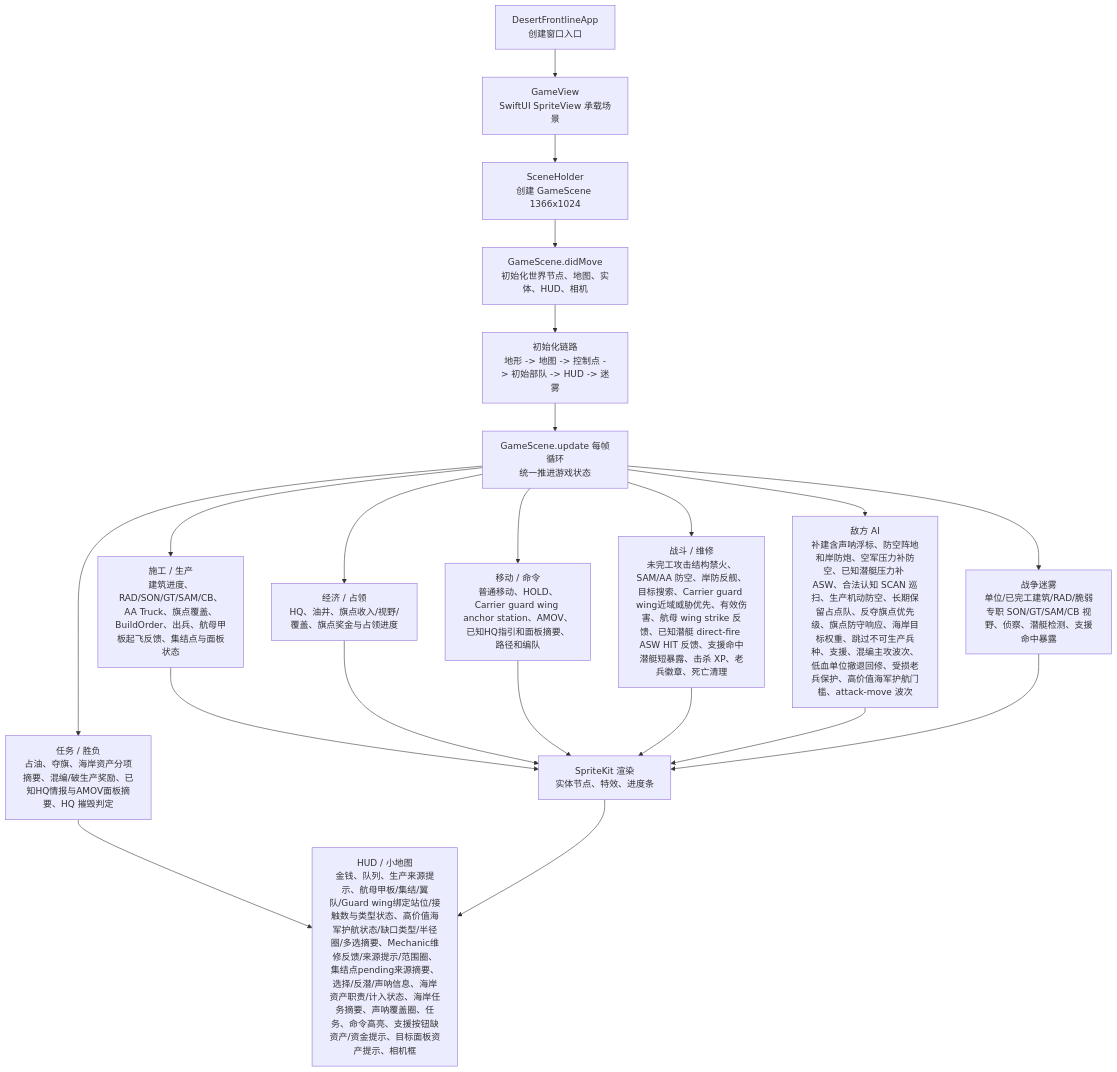
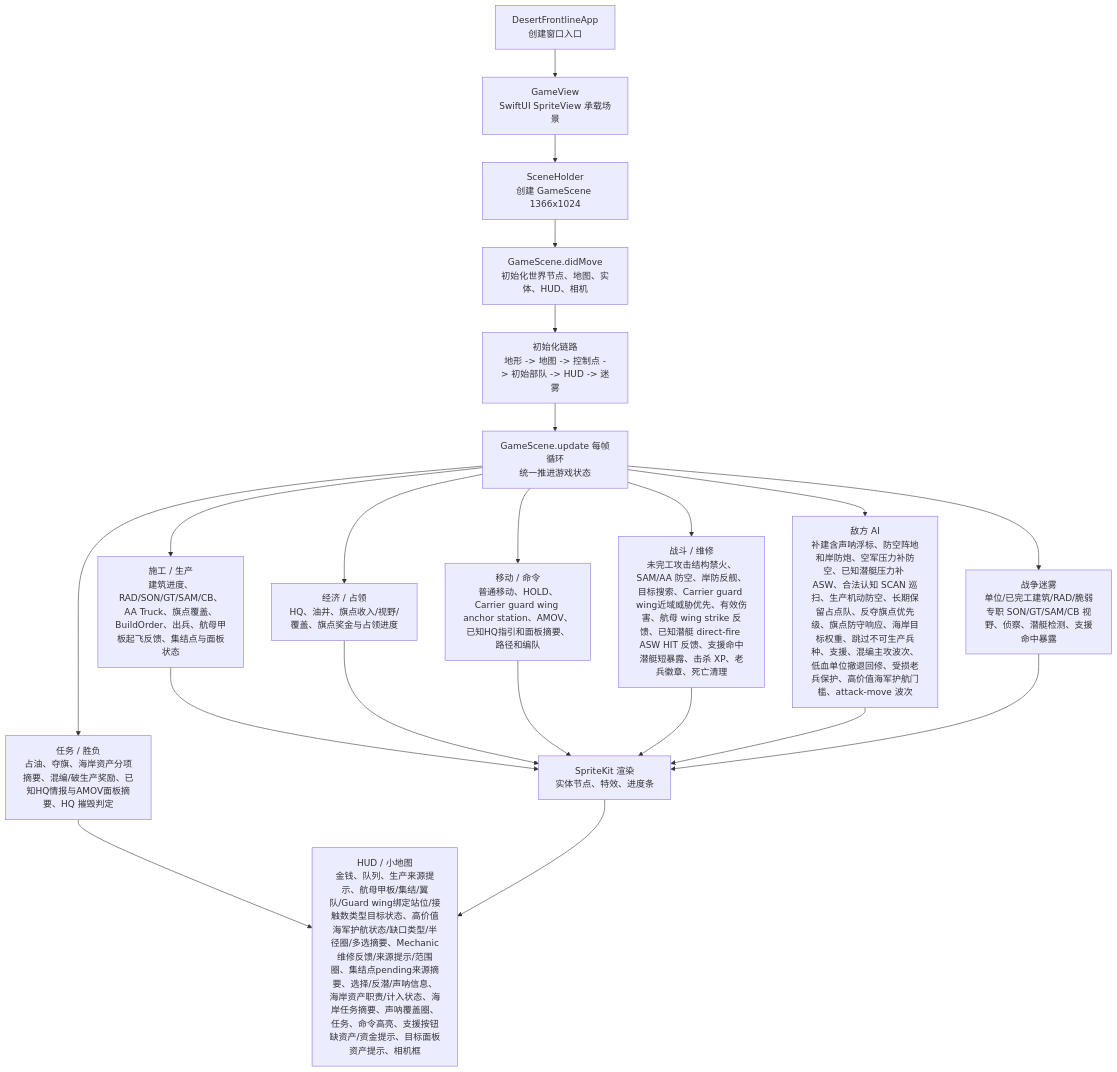
One commit to Altman-sam114/1145 changed the first of 3 diagrams in md/flow/flowchart.md. Above: the diagram before and after it, drawn with Mermaid. The commit also changed 4 other files, not shown here.

````diff
--- a/md/flow/flowchart.md
+++ b/md/flow/flowchart.md
@@ -9,23 +9,23 @@
 ```mermaid
 flowchart TD
   App["DesertFrontlineApp\n创建窗口入口"] --> View["GameView\nSwiftUI SpriteView 承载场景"]
   View --> Holder["SceneHolder\n创建 GameScene 1366x1024"]
   Holder --> Scene["GameScene.didMove\n初始化世界节点、地图、实体、HUD、相机"]
   Scene --> Init["初始化链路\n地形 -> 地图 -> 控制点 -> 初始部队 -> HUD -> 迷雾"]
   Init --> Loop["GameScene.update 每帧循环\n统一推进游戏状态"]
   Loop --> Build["施工 / 生产\n建筑进度、RAD/SON/GT/SAM/CB、AA Truck、旗点覆盖、BuildOrder、出兵、航母甲板起飞反馈、集结点与面板状态"]
   Loop --> Economy["经济 / 占领\nHQ、油井、旗点收入/视野/覆盖、旗点奖金与占领进度"]
   Loop --> Commands["移动 / 命令\n普通移动、HOLD、Carrier guard wing anchor station、AMOV、已知HQ指引和面板摘要、路径和编队"]
   Loop --> Combat["战斗 / 维修\n未完工攻击结构禁火、SAM/AA 防空、岸防反舰、目标搜索、Carrier guard wing近域威胁优先、有效伤害、航母 wing strike 反馈、已知潜艇 direct-fire ASW HIT 反馈、支援命中潜艇短暴露、击杀 XP、老兵徽章、死亡清理"]
   Loop --> AI["敌方 AI\n补建含声呐浮标、防空阵地和岸防炮、空军压力补防空、已知潜艇压力补 ASW、合法认知 SCAN 巡扫、生产机动防空、长期保留占点队、反夺旗点优先级、旗点防守响应、海岸目标权重、跳过不可生产兵种、支援、混编主攻波次、低血单位撤退回修、受损老兵保护、高价值海军护航门槛、attack-move 波次"]
   Loop --> Fog["战争迷雾\n单位/已完工建筑/RAD/脆弱专职 SON/GT/SAM/CB 视野、侦察、潜艇检测、支援命中暴露"]
   Loop --> Mission["任务 / 胜负\n占油、夺旗、海岸资产分项摘要、混编/破生产奖励、已知HQ情报与AMOV面板摘要、HQ 摧毁判定"]
   Build --> Render["SpriteKit 渲染\n实体节点、特效、进度条"]
   Economy --> Render
   Commands --> Render
   Combat --> Render
   AI --> Render
   Fog --> Render
-  Mission --> HUD["HUD / 小地图\n金钱、队列、生产来源提示、航母甲板/集结/翼队/Guard wing绑定站位/接触数与类型状态、高价值海军护航状态/缺口类型/半径圈/多选摘要、Mechanic维修反馈/来源提示/范围圈、集结点pending来源摘要、选择/反潜/声呐信息、海岸资产职责/计入状态、海岸任务摘要、声呐覆盖圈、任务、命令高亮、支援按钮缺资产/资金提示、目标面板资产提示、相机框"]
+  Mission --> HUD["HUD / 小地图\n金钱、队列、生产来源提示、航母甲板/集结/翼队/Guard wing绑定站位/接触数类型目标状态、高价值海军护航状态/缺口类型/半径圈/多选摘要、Mechanic维修反馈/来源提示/范围圈、集结点pending来源摘要、选择/反潜/声呐信息、海岸资产职责/计入状态、海岸任务摘要、声呐覆盖圈、任务、命令高亮、支援按钮缺资产/资金提示、目标面板资产提示、相机框"]
   Render --> HUD
 ```
````
